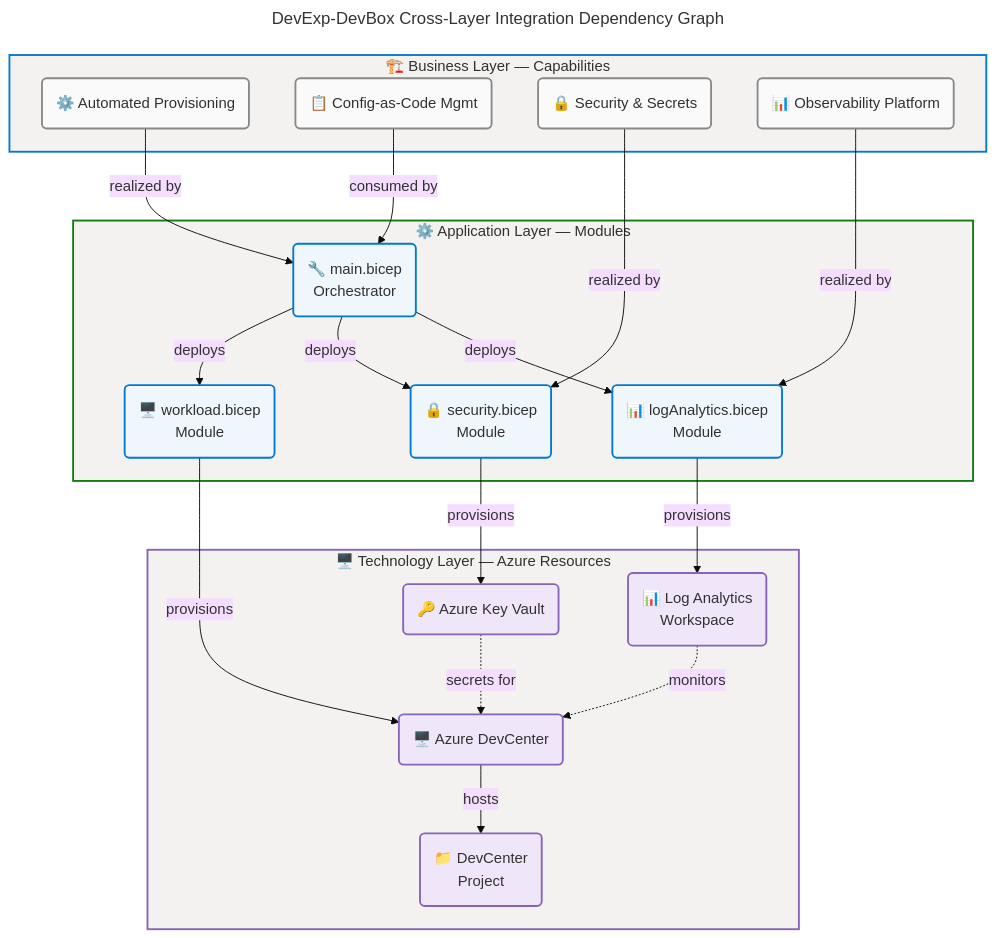
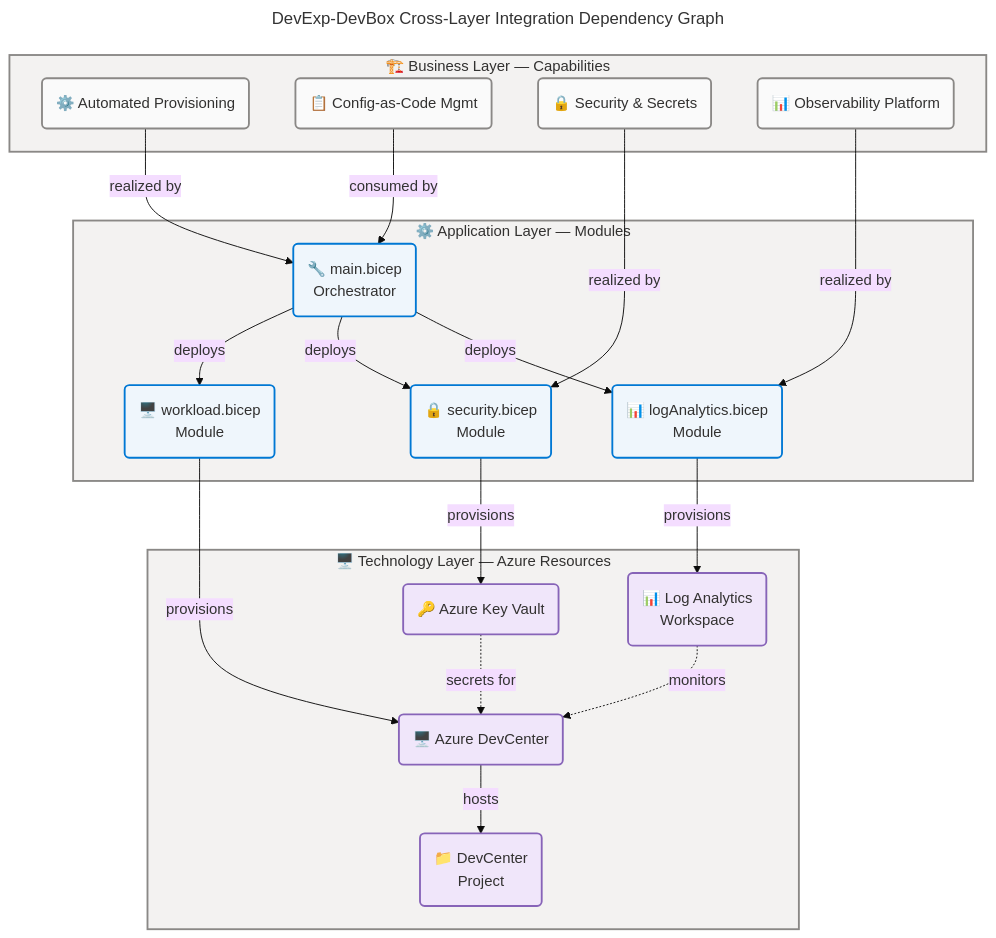
The seventh of 7 diagrams in docs/architecture/business-architecture.md (Evilazaro/DevExp-DevBox), drawn with Mermaid before and after one commit. The commit also changed other lines of this file, not shown here.

Commit message:
refactor: Update flowchart styles for improved visual consistency in business architecture documentation

````diff
--- a/docs/architecture/business-architecture.md
+++ b/docs/architecture/business-architecture.md
@@ -1403,70 +1403,70 @@
 ```mermaid
 ---
 title: DevExp-DevBox Cross-Layer Integration Dependency Graph
 config:
   theme: base
   look: classic
   layout: dagre
   themeVariables:
     fontSize: '16px'
   flowchart:
     htmlLabels: true
 ---
 flowchart TB
     accTitle: DevExp-DevBox Cross-Layer Integration Dependency Graph
     accDescr: Shows Business capabilities mapping to Application Bicep modules and Azure Technology resources across three architectural layers with directional dependency and observability feedback relationships.
 
     %% ═══════════════════════════════════════════════════════════════════════════
     %% AZURE / FLUENT ARCHITECTURE PATTERN v1.1
     %% (Semantic + Structural + Font + Accessibility Governance)
     %% ═══════════════════════════════════════════════════════════════════════════
     %% PHASE 1 - FLUENT UI: All styling uses approved Fluent UI palette only
     %% PHASE 2 - GROUPS: Every subgraph has semantic color via style directive
     %% PHASE 3 - COMPONENTS: Every node has semantic classDef + icon prefix
     %% PHASE 4 - ACCESSIBILITY: accTitle/accDescr present, WCAG AA contrast
     %% PHASE 5 - STANDARD: Governance block present, classDefs centralized
     %% ═══════════════════════════════════════════════════════════════════════════
 
     subgraph bizLayer["🏗️ Business Layer — Capabilities"]
         cap1b("⚙️ Automated Provisioning"):::neutral
         cap2b("📋 Config-as-Code Mgmt"):::neutral
         cap3b("🔒 Security & Secrets"):::neutral
         cap4b("📊 Observability Platform"):::neutral
     end
 
     subgraph appLayer["⚙️ Application Layer — Modules"]
         mainBicep("🔧 main.bicep<br/>Orchestrator"):::core
         secMod("🔒 security.bicep<br/>Module"):::core
         monMod("📊 logAnalytics.bicep<br/>Module"):::core
         wrkMod("🖥️ workload.bicep<br/>Module"):::core
     end
 
     subgraph techLayer["🖥️ Technology Layer — Azure Resources"]
         kvRes("🔑 Azure Key Vault"):::data
         laRes("📊 Log Analytics<br/>Workspace"):::data
         dcRes("🖥️ Azure DevCenter"):::data
         projRes("📁 DevCenter<br/>Project"):::data
     end
 
     cap1b -->|"realized by"| mainBicep
     cap2b -->|"consumed by"| mainBicep
     cap3b -->|"realized by"| secMod
     cap4b -->|"realized by"| monMod
     mainBicep -->|"deploys"| monMod
     mainBicep -->|"deploys"| secMod
     mainBicep -->|"deploys"| wrkMod
     secMod -->|"provisions"| kvRes
     monMod -->|"provisions"| laRes
     wrkMod -->|"provisions"| dcRes
     dcRes -->|"hosts"| projRes
     laRes -.->|"monitors"| dcRes
     kvRes -.->|"secrets for"| dcRes
 
-    style bizLayer fill:#F3F2F1,stroke:#0078D4,stroke-width:2px,color:#323130
-    style appLayer fill:#F3F2F1,stroke:#107C10,stroke-width:2px,color:#323130
-    style techLayer fill:#F3F2F1,stroke:#8764B8,stroke-width:2px,color:#323130
+    style bizLayer fill:#F3F2F1,stroke:#8A8886,stroke-width:2px,color:#323130
+    style appLayer fill:#F3F2F1,stroke:#8A8886,stroke-width:2px,color:#323130
+    style techLayer fill:#F3F2F1,stroke:#8A8886,stroke-width:2px,color:#323130
 
     classDef neutral fill:#FAFAFA,stroke:#8A8886,stroke-width:2px,color:#323130
     classDef core fill:#EFF6FC,stroke:#0078D4,stroke-width:2px,color:#323130
     classDef data fill:#F0E6FA,stroke:#8764B8,stroke-width:2px,color:#323130
 ```
````
